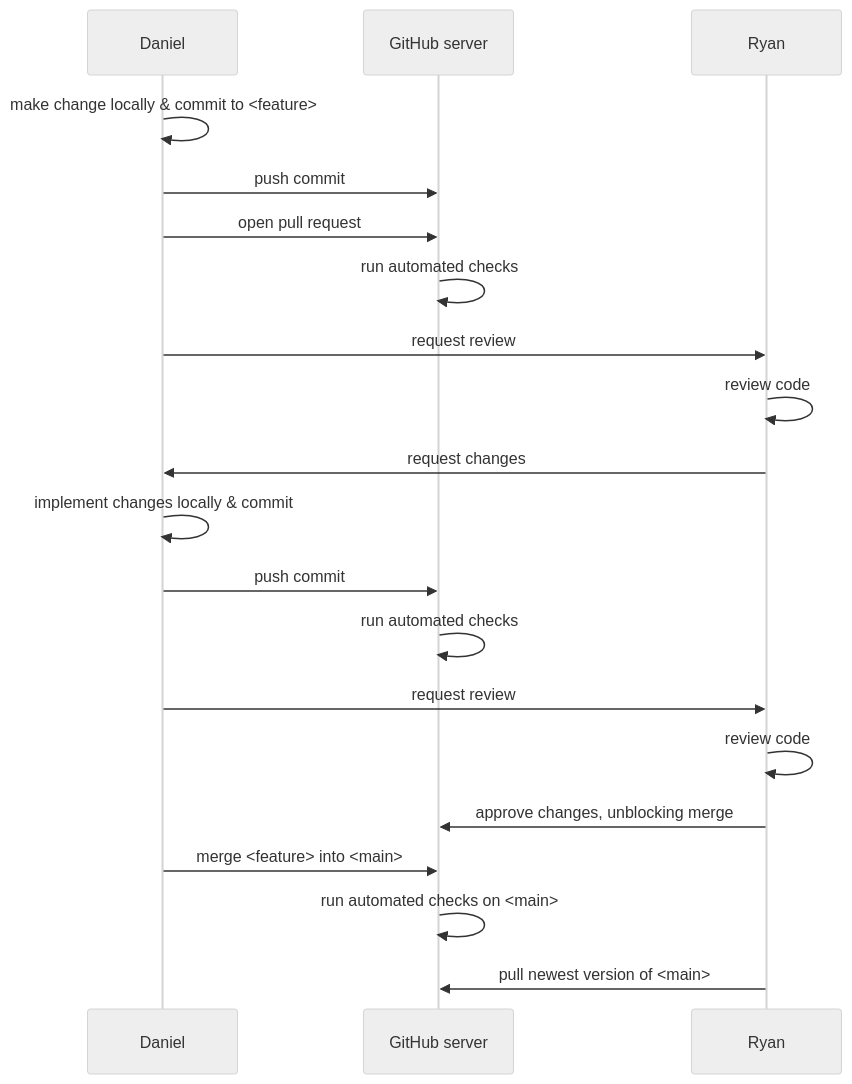
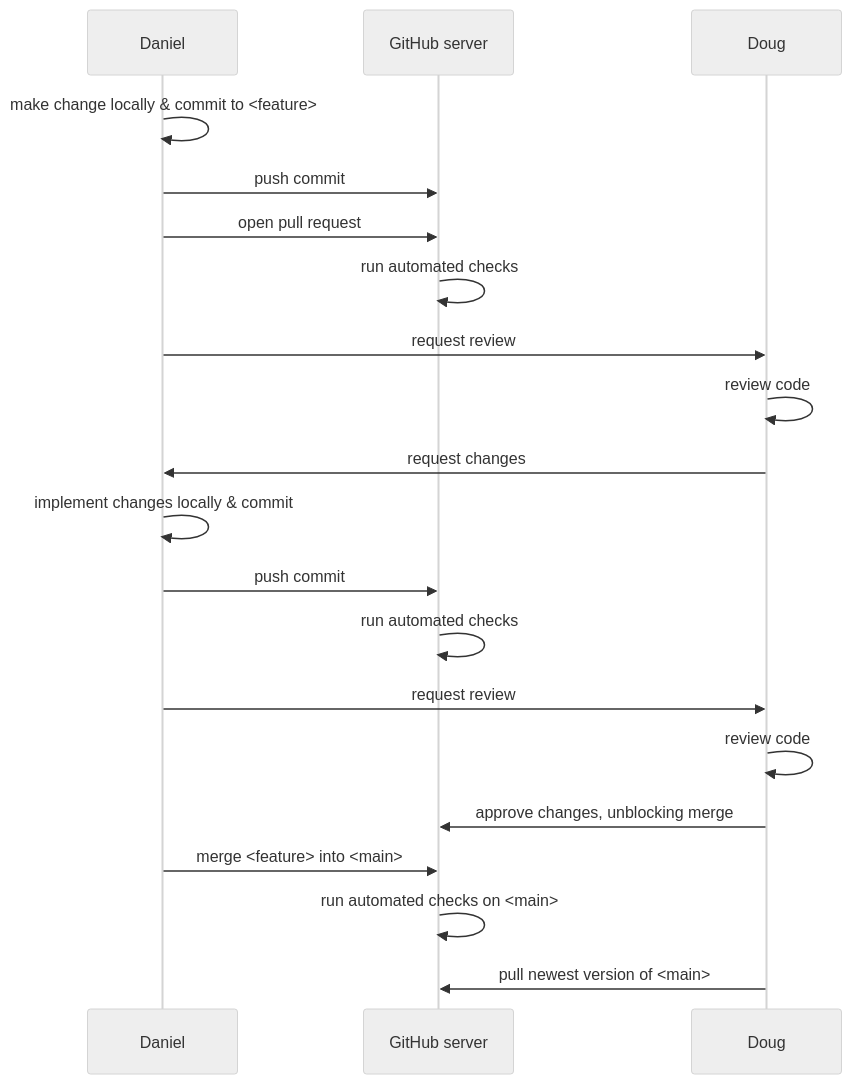
Before and after one commit to openstatsware/shortcourse-iscb2025: the sixth of 6 diagrams in slides/05_collaboration.qmd, drawn with Mermaid (neutral theme). The commit also changed other lines of this file and 20 other files, not shown here.

````diff
--- a/slides/05_collaboration.qmd
+++ b/slides/05_collaboration.qmd
@@ -322,22 +322,22 @@
 ```{mermaid}
 sequenceDiagram
     participant A as Daniel
     participant GH as GitHub server
-    participant B as Ryan
+    participant B as Doug
     A->>A: make change locally & commit to <feature>
     A->>GH: push commit
     A->>GH: open pull request
     GH->>GH: run automated checks
     A->>B: request review
     B->>B: review code
     B->>A: request changes
     A->>A: implement changes locally & commit
     A->>GH: push commit
     GH->>GH: run automated checks
     A->>B: request review
     B->>B: review code
     B->>GH: approve changes, unblocking merge
     A->>GH: merge <feature> into <main>
     GH->>GH: run automated checks on <main>
     B->>GH: pull newest version of <main>
 ```
````
